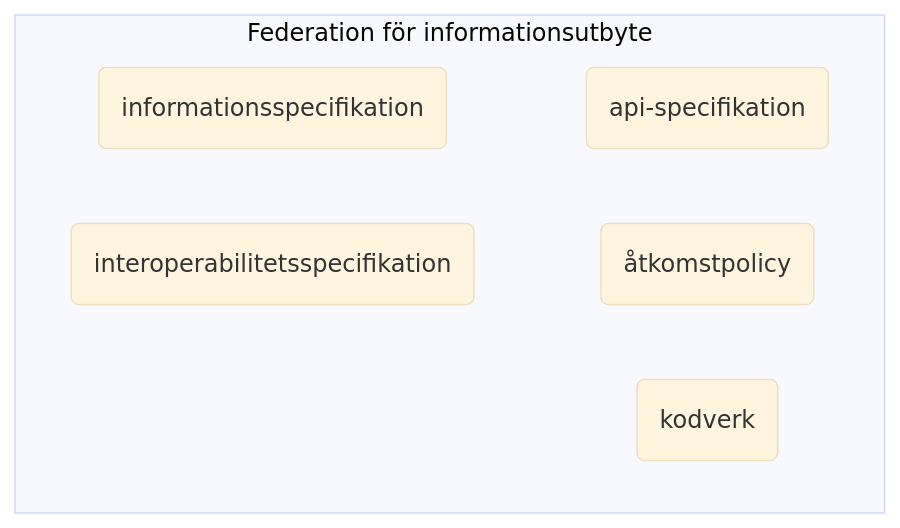
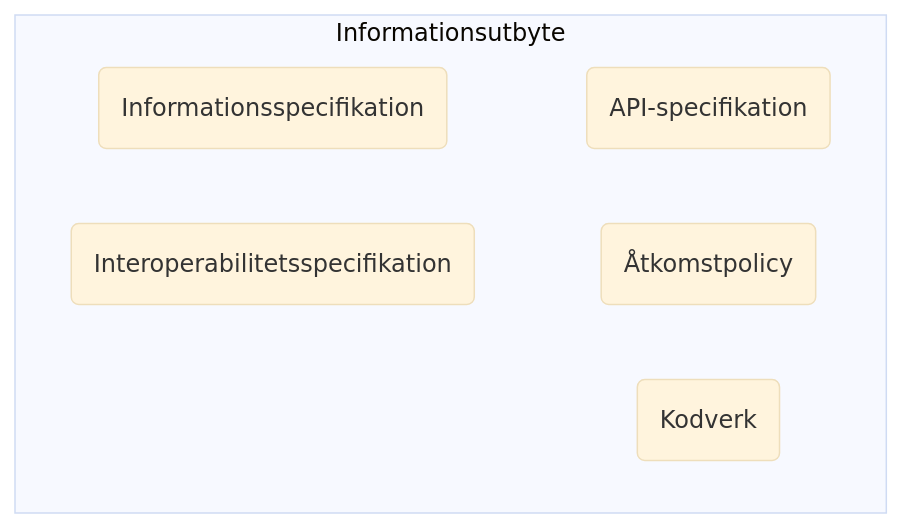
One commit to diggsweden/ena-authorization changed the tenth of 14 diagrams in architecture/drafts/IAM_TargetArchitecture_Sweden.md. Above: the diagram before and after it, drawn with Mermaid (base theme). The commit also changed other lines of this file, not shown here.

````diff
--- a/architecture/drafts/IAM_TargetArchitecture_Sweden.md
+++ b/architecture/drafts/IAM_TargetArchitecture_Sweden.md
@@ -394,13 +400,13 @@
 ```mermaid
 graph TB
-subgraph fi[Federation för informationsutbyte]
-    is(informationsspecifikation)
-    ints(interoperabilitetsspecifikation)
-    as(api-specifikation)
-    åp(åtkomstpolicy)
-    k(kodverk)
+subgraph fi[Informationsutbyte]
+    is(Informationsspecifikation)
+    ints(Interoperabilitetsspecifikation)
+    as(API-specifikation)
+    åp(Åtkomstpolicy)
+    k(Kodverk)
 
     is~~~as
     ints~~~åp
 end
 ```
````
